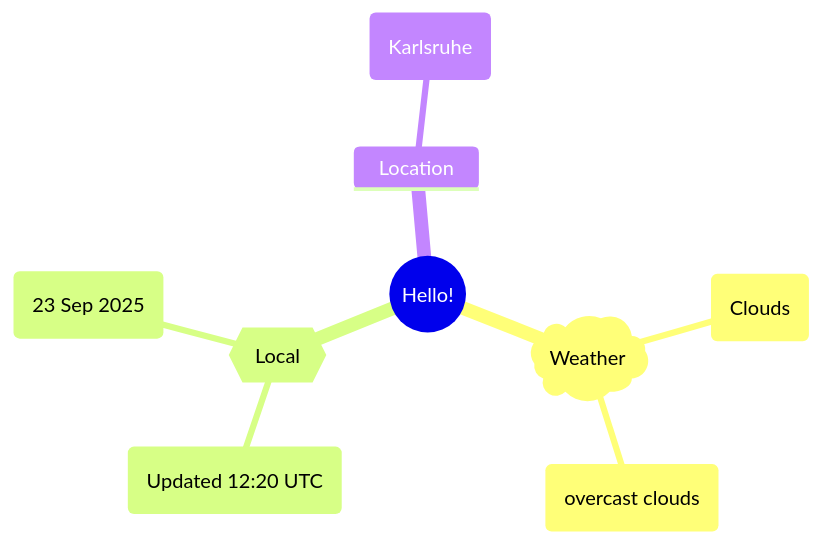
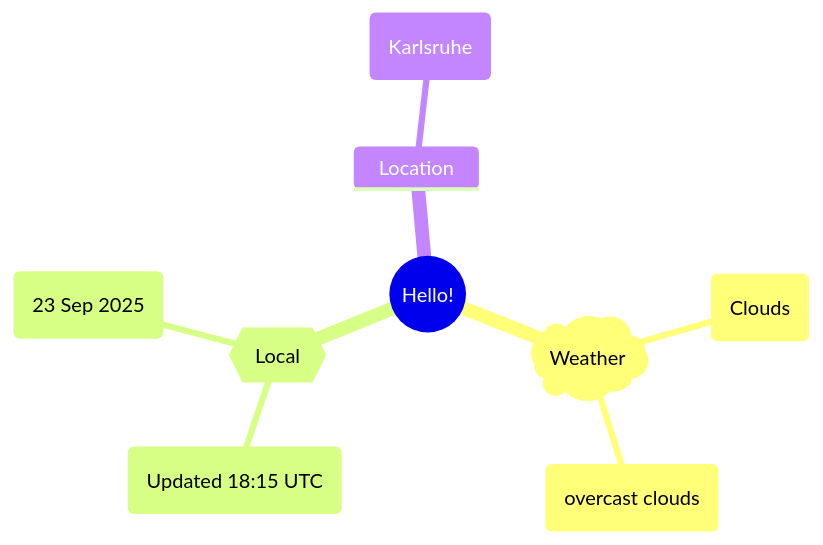
The first of 2 diagrams in README.md (Xosrov/Xosrov), drawn with Mermaid before and after one commit.

Commit message:
[bot] updated images

````diff
--- a/README.md
+++ b/README.md
@@ -3,12 +3,12 @@
 ```mermaid
 mindmap
   root((Hello!))
     )Weather(
         (Clouds)
         (overcast clouds)
     {{Local}}
-        (Updated 12:20 UTC)
+        (Updated 18:15 UTC)
         (23 Sep 2025)
     Location
         (Karlsruhe)
 ```
````
